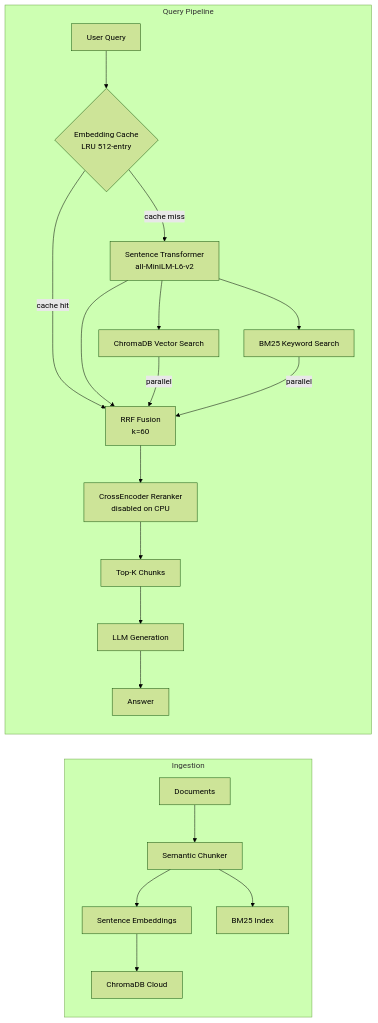
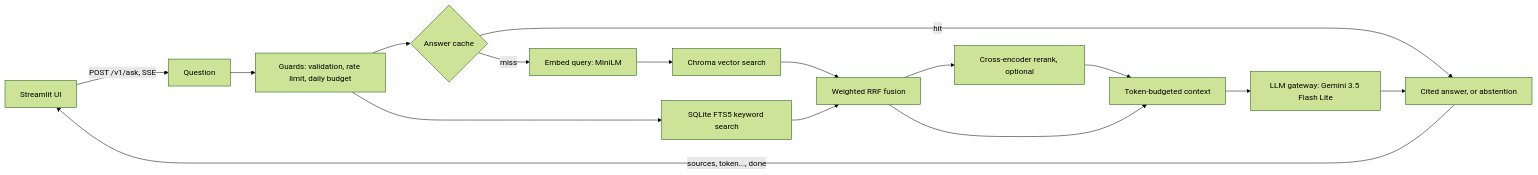
Before and after one commit to charan-ravikumar/Advanced-Rag: the diagram in README.md, drawn with Mermaid (forest theme). The commit also changed other lines of this file and 445 other files, not shown here.

First line of the commit message:
Rebuild: hybrid retrieval, resilient LLM gateway, API and pre-registered evaluation

````diff
--- a/README.md
+++ b/README.md
@@ -15,25 +53,18 @@
 ```mermaid
 flowchart LR
-    subgraph Ingestion
-        D[Documents] --> SC[Semantic Chunker]
-        SC --> SE[Sentence Embeddings]
-        SE --> CI[ChromaDB Cloud]
-        SC --> BI[BM25 Index]
-    end
-
-    subgraph Query Pipeline
-        Q[User Query] --> EC{Embedding Cache\nLRU 512-entry}
-        EC -->|cache miss| EMB[Sentence Transformer\nall-MiniLM-L6-v2]
-        EC -->|cache hit| FUSE
-        EMB --> FUSE
-
-        EMB --> VS[ChromaDB Vector Search]
-        EMB --> BM[BM25 Keyword Search]
-        VS -->|parallel| FUSE[RRF Fusion\nk=60]
-        BM -->|parallel| FUSE
-        FUSE --> RR[CrossEncoder Reranker\ndisabled on CPU]
-        RR --> TK[Top-K Chunks]
-        TK --> LLM[LLM Generation]
-        LLM --> ANS[Answer]
-    end
+    UI[Streamlit UI] -->|POST /v1/ask, SSE| Q[Question]
+    Q --> G[Guards: validation, rate limit, daily budget]
+    G --> C{Answer cache}
+    C -- hit --> A
+    C -- miss --> E[Embed query: MiniLM]
+    E --> V[Chroma vector search]
+    G --> L[SQLite FTS5 keyword search]
+    V --> F[Weighted RRF fusion]
+    L --> F
+    F --> R[Cross-encoder rerank, optional]
+    R --> X[Token-budgeted context]
+    F --> X
+    X --> LLM[LLM gateway: Gemini 3.5 Flash Lite]
+    LLM --> A[Cited answer, or abstention]
+    A -->|sources, token..., done| UI
 ```
````
